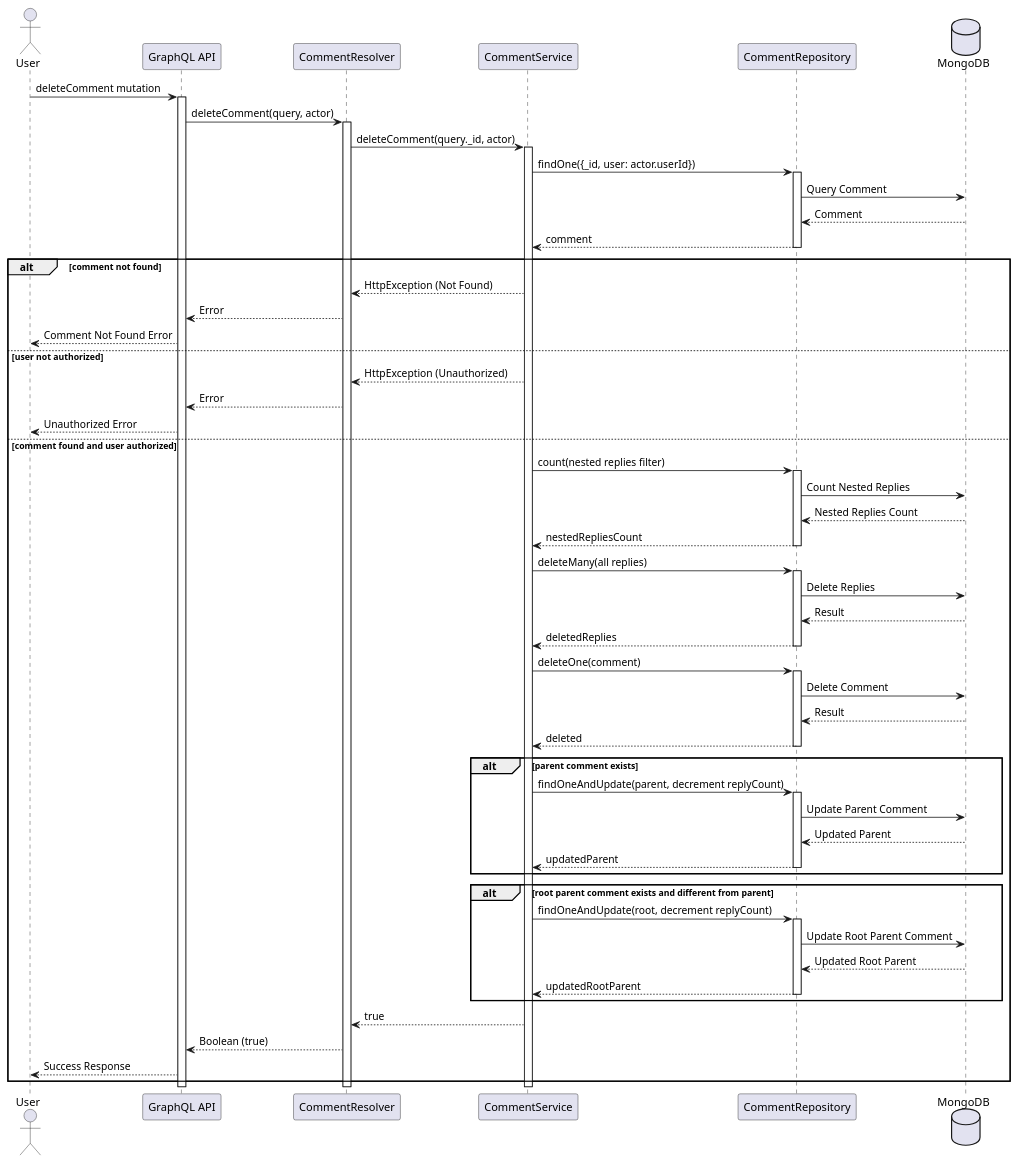
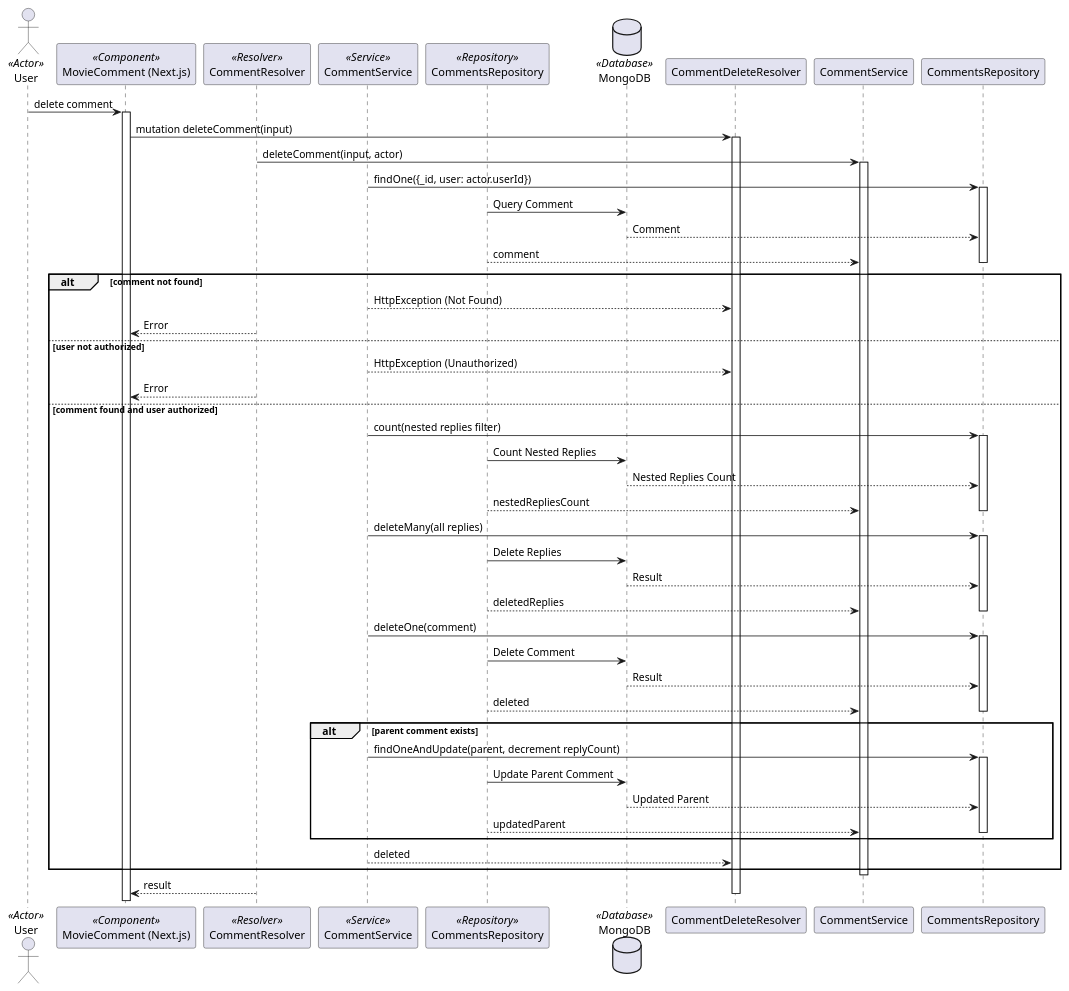
The diagram in documents/diagram/sequences/comments/delete-comment.puml (lehuygiang28/vphim), drawn with PlantUML before and after one commit. The commit also changed 43 other files, not shown here.

First line of the commit message:
refactor(diagrams): 🛠️ update sequence diagrams

```diff
--- a/documents/diagram/sequences/comments/delete-comment.puml
+++ b/documents/diagram/sequences/comments/delete-comment.puml
@@ -1,83 +1,61 @@
 @startuml Delete Comment Flow
 
-actor User
-participant "GraphQL API" as API
-participant "CommentResolver" as Resolver
-participant "CommentService" as Service
-participant "CommentRepository" as Repository
-database "MongoDB" as DB
+actor User <<Actor>>
+participant "MovieComment (Next.js)" as MovieComment <<Component>>
+participant "CommentResolver" as Resolver <<Resolver>>
+participant "CommentService" as Service <<Service>>
+participant "CommentsRepository" as Repository <<Repository>>
+database "MongoDB" as DB <<Database>>
 
-User -> API: deleteComment mutation
-activate API
+User -> MovieComment: delete comment
+activate MovieComment
+MovieComment -> CommentDeleteResolver: mutation deleteComment(input)
+activate CommentDeleteResolver
+Resolver -> CommentService: deleteComment(input, actor)
+activate CommentService
+Service -> CommentsRepository: findOne({_id, user: actor.userId})
+activate CommentsRepository
+Repository -> DB: Query Comment
+DB --> CommentsRepository: Comment
+Repository --> CommentService: comment
+deactivate CommentsRepository
+alt comment not found
+    Service --> CommentDeleteResolver: HttpException (Not Found)
+    Resolver --> MovieComment: Error
+else user not authorized
+    Service --> CommentDeleteResolver: HttpException (Unauthorized)
+    Resolver --> MovieComment: Error
+else comment found and user authorized
+    Service -> CommentsRepository: count(nested replies filter)
+    activate CommentsRepository
+    Repository -> DB: Count Nested Replies
+    DB --> CommentsRepository: Nested Replies Count
+    Repository --> CommentService: nestedRepliesCount
+    deactivate CommentsRepository
+    Service -> CommentsRepository: deleteMany(all replies)
+    activate CommentsRepository
+    Repository -> DB: Delete Replies
+    DB --> CommentsRepository: Result
+    Repository --> CommentService: deletedReplies
+    deactivate CommentsRepository
+    Service -> CommentsRepository: deleteOne(comment)
+    activate CommentsRepository
+    Repository -> DB: Delete Comment
+    DB --> CommentsRepository: Result
+    Repository --> CommentService: deleted
+    deactivate CommentsRepository
+    alt parent comment exists
+        Service -> CommentsRepository: findOneAndUpdate(parent, decrement replyCount)
+        activate CommentsRepository
+        Repository -> DB: Update Parent Comment
+        DB --> CommentsRepository: Updated Parent
+        Repository --> CommentService: updatedParent
+        deactivate CommentsRepository
+    end
+    Service --> CommentDeleteResolver: deleted
+end
+deactivate CommentService
+Resolver --> MovieComment: result
+Deactivate CommentDeleteResolver
 
-API -> Resolver: deleteComment(query, actor)
-activate Resolver
-
-Resolver -> Service: deleteComment(query._id, actor)
-activate Service
-
-Service -> Repository: findOne({_id, user: actor.userId})
-activate Repository
-Repository -> DB: Query Comment
-DB --> Repository: Comment
-Repository --> Service: comment
-deactivate Repository
-
-alt comment not found
-    Service --> Resolver: HttpException (Not Found)
-    Resolver --> API: Error
-    API --> User: Comment Not Found Error
-else user not authorized
-    Service --> Resolver: HttpException (Unauthorized)
-    Resolver --> API: Error
-    API --> User: Unauthorized Error
-else comment found and user authorized
-    Service -> Repository: count(nested replies filter)
-    activate Repository
-    Repository -> DB: Count Nested Replies
-    DB --> Repository: Nested Replies Count
-    Repository --> Service: nestedRepliesCount
-    deactivate Repository
-    
-    Service -> Repository: deleteMany(all replies)
-    activate Repository
-    Repository -> DB: Delete Replies
-    DB --> Repository: Result
-    Repository --> Service: deletedReplies
-    deactivate Repository
-    
-    Service -> Repository: deleteOne(comment)
-    activate Repository
-    Repository -> DB: Delete Comment
-    DB --> Repository: Result
-    Repository --> Service: deleted
-    deactivate Repository
-    
-    alt parent comment exists
-        Service -> Repository: findOneAndUpdate(parent, decrement replyCount)
-        activate Repository
-        Repository -> DB: Update Parent Comment
-        DB --> Repository: Updated Parent
-        Repository --> Service: updatedParent
-        deactivate Repository
-    end
-    
-    alt root parent comment exists and different from parent
-        Service -> Repository: findOneAndUpdate(root, decrement replyCount)
-        activate Repository
-        Repository -> DB: Update Root Parent Comment
-        DB --> Repository: Updated Root Parent
-        Repository --> Service: updatedRootParent
-        deactivate Repository
-    end
-    
-    Service --> Resolver: true
-    Resolver --> API: Boolean (true)
-    API --> User: Success Response
-end
-
-deactivate Service
-deactivate Resolver
-deactivate API
-
-@enduml 
+@enduml
```
